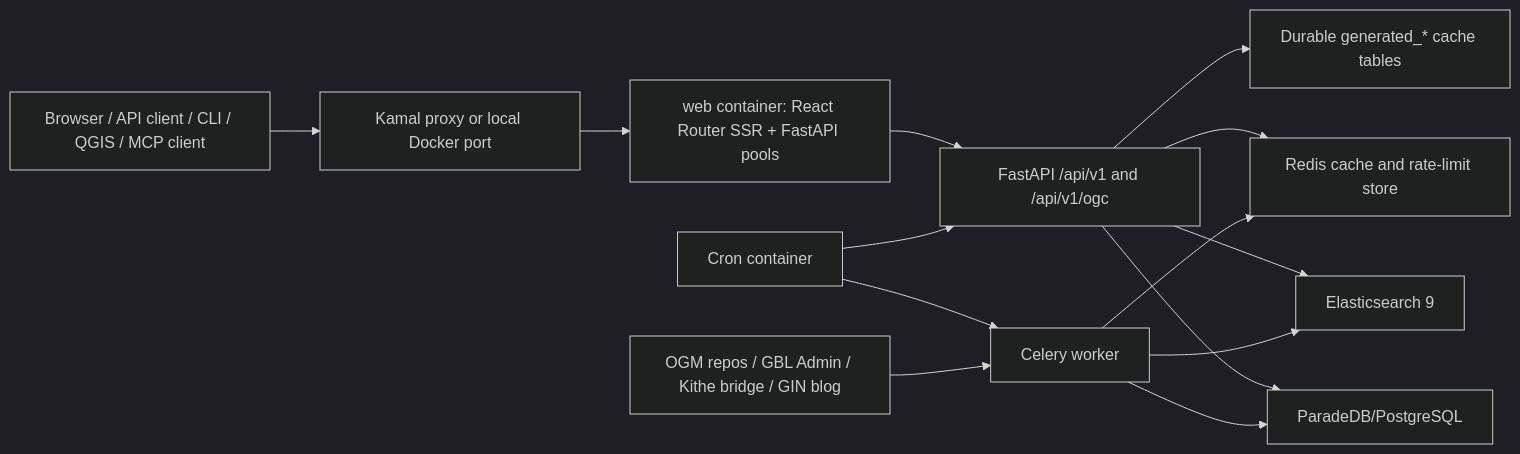
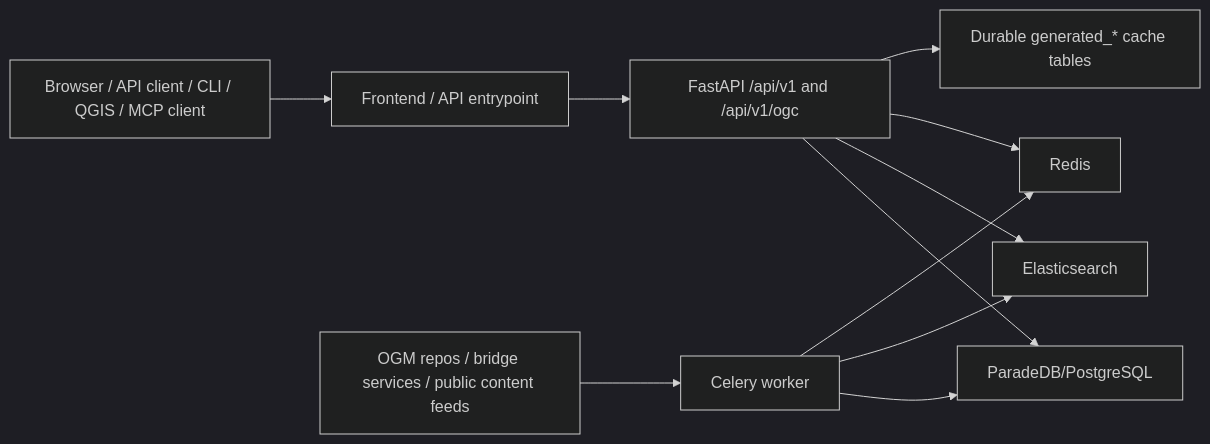
The diagram in docs/README.md (geobtaa/api), drawn with Mermaid (dark theme) before and after one commit. The commit also changed other lines of this file and 35 other files, not shown here.

````diff
--- a/docs/README.md
+++ b/docs/README.md
@@ -41,16 +46,13 @@
 ```mermaid
 flowchart LR
-    user["Browser / API client / CLI / QGIS / MCP client"] --> edge["Kamal proxy or local Docker port"]
-    edge --> web["web container: React Router SSR + FastAPI pools"]
+    user["Browser / API client / CLI / QGIS / MCP client"] --> web["Frontend / API entrypoint"]
     web --> api["FastAPI /api/v1 and /api/v1/ogc"]
     api --> pg["ParadeDB/PostgreSQL"]
-    api --> es["Elasticsearch 9"]
-    api --> redis["Redis cache and rate-limit store"]
+    api --> es["Elasticsearch"]
+    api --> redis["Redis"]
     api --> cache["Durable generated_* cache tables"]
     worker["Celery worker"] --> pg
     worker --> es
     worker --> redis
-    cron["Cron container"] --> api
-    cron --> worker
-    upstream["OGM repos / GBL Admin / Kithe bridge / GIN blog"] --> worker
+    upstream["OGM repos / bridge services / public content feeds"] --> worker
 ```
````
